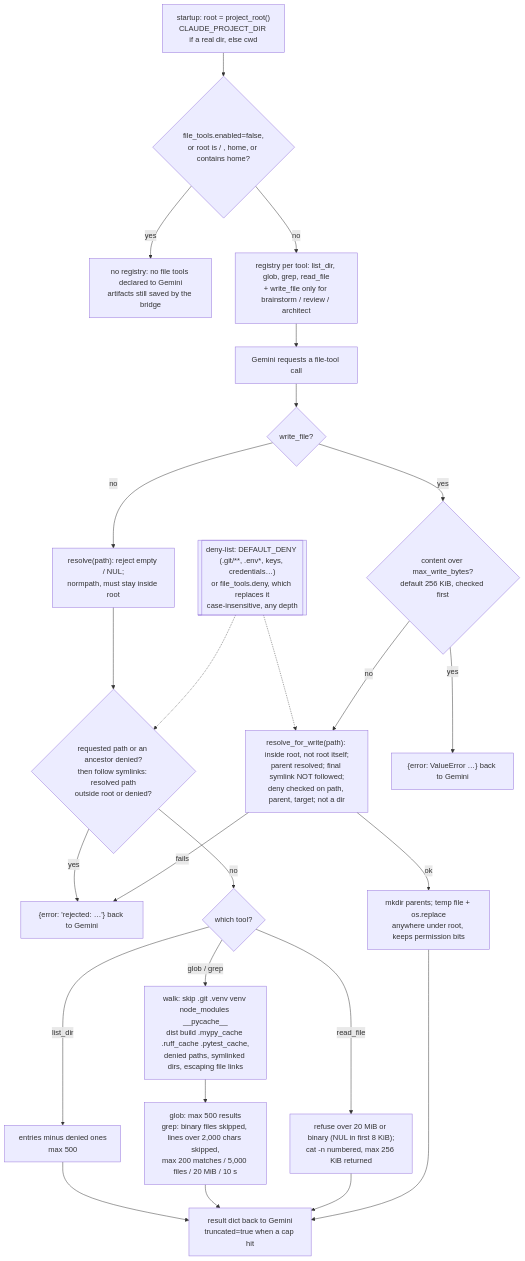
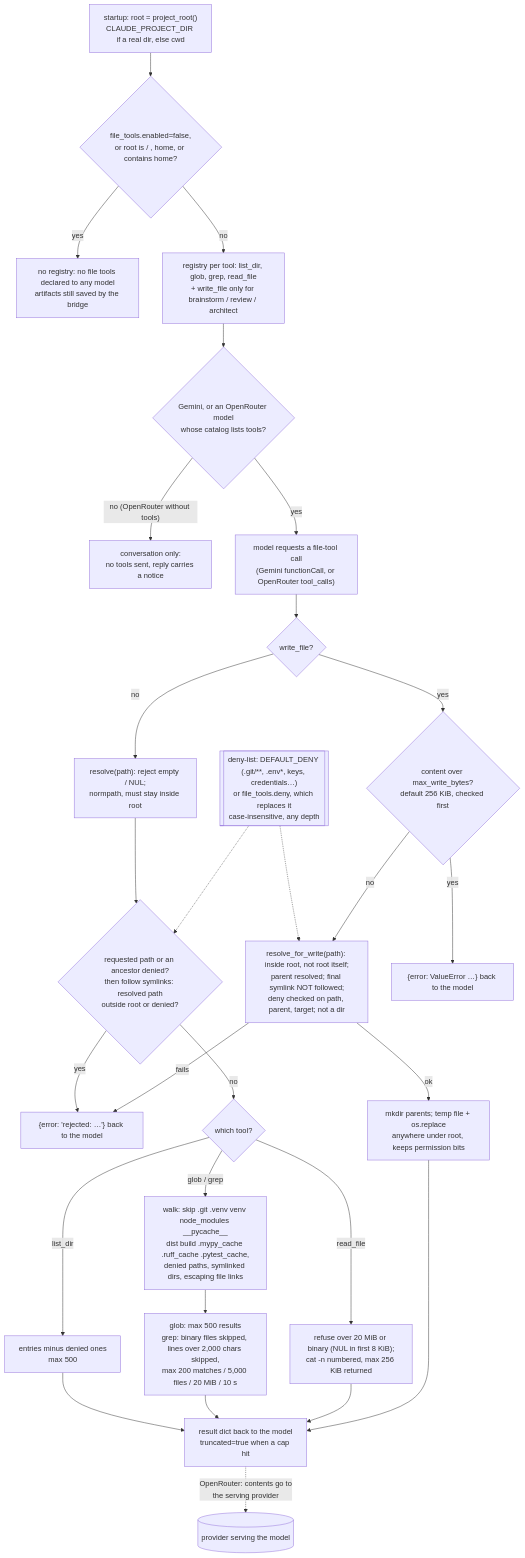
One commit to FlintAndFilament/sidekick changed the diagram in docs/diagrams/file-sandbox.mermaid. Above: the diagram before and after it, drawn with Mermaid. The commit also changed 6 other files, not shown here.

First line of the commit message:
docs: OpenRouter repository access and what leaves your machine

```diff
--- a/docs/diagrams/file-sandbox.mermaid
+++ b/docs/diagrams/file-sandbox.mermaid
@@ -1,25 +1,28 @@
 flowchart TD
     S["startup: root = project_root()<br/>CLAUDE_PROJECT_DIR if a real dir, else cwd"] --> K{"file_tools.enabled=false,<br/>or root is / , home, or contains home?"}
-    K -->|yes| OFF[no registry: no file tools declared to Gemini<br/>artifacts still saved by the bridge]
+    K -->|yes| OFF[no registry: no file tools declared to any model<br/>artifacts still saved by the bridge]
     K -->|no| REG["registry per tool: list_dir, glob, grep, read_file<br/>+ write_file only for brainstorm / review / architect"]
-    REG --> CALL[Gemini requests a file-tool call]
+    REG --> TS{"Gemini, or an OpenRouter model<br/>whose catalog lists tools?"}
+    TS -->|"no (OpenRouter without tools)"| CONV[conversation only:<br/>no tools sent, reply carries a notice]
+    TS -->|yes| CALL["model requests a file-tool call<br/>(Gemini functionCall, or OpenRouter tool_calls)"]
     CALL --> W{write_file?}
     W -->|no| R["resolve(path): reject empty / NUL;<br/>normpath, must stay inside root"]
     R --> D1{"requested path or an ancestor denied?<br/>then follow symlinks: resolved path<br/>outside root or denied?"}
     DENY[["deny-list: DEFAULT_DENY (.git/**, .env*, keys, credentials…)<br/>or file_tools.deny, which replaces it<br/>case-insensitive, any depth"]] -.-> D1
     DENY -.-> RW
-    D1 -->|yes| REJ["{error: 'rejected: …'} back to Gemini"]
+    D1 -->|yes| REJ["{error: 'rejected: …'} back to the model"]
     D1 -->|no| OP{which tool?}
     OP -->|list_dir| L[entries minus denied ones<br/>max 500]
     OP -->|glob / grep| WALK["walk: skip .git .venv venv node_modules __pycache__<br/>dist build .mypy_cache .ruff_cache .pytest_cache,<br/>denied paths, symlinked dirs, escaping file links"]
     WALK --> GG["glob: max 500 results<br/>grep: binary files skipped, lines over 2,000 chars skipped,<br/>max 200 matches / 5,000 files / 20 MiB / 10 s"]
     OP -->|read_file| RF["refuse over 20 MiB or binary (NUL in first 8 KiB);<br/>cat -n numbered, max 256 KiB returned"]
     W -->|yes| CAP{"content over max_write_bytes?<br/>default 256 KiB, checked first"}
-    CAP -->|yes| ERR["{error: ValueError …} back to Gemini"]
+    CAP -->|yes| ERR["{error: ValueError …} back to the model"]
     CAP -->|no| RW["resolve_for_write(path): inside root, not root itself;<br/>parent resolved; final symlink NOT followed;<br/>deny checked on path, parent, target; not a dir"]
     RW -->|fails| REJ
     RW -->|ok| WR["mkdir parents; temp file + os.replace<br/>anywhere under root, keeps permission bits"]
-    L --> RES[result dict back to Gemini<br/>truncated=true when a cap hit]
+    L --> RES[result dict back to the model<br/>truncated=true when a cap hit]
     GG --> RES
     RF --> RES
     WR --> RES
+    RES -.->|"OpenRouter: contents go to<br/>the serving provider"| PROV[("provider serving the model")]
```
